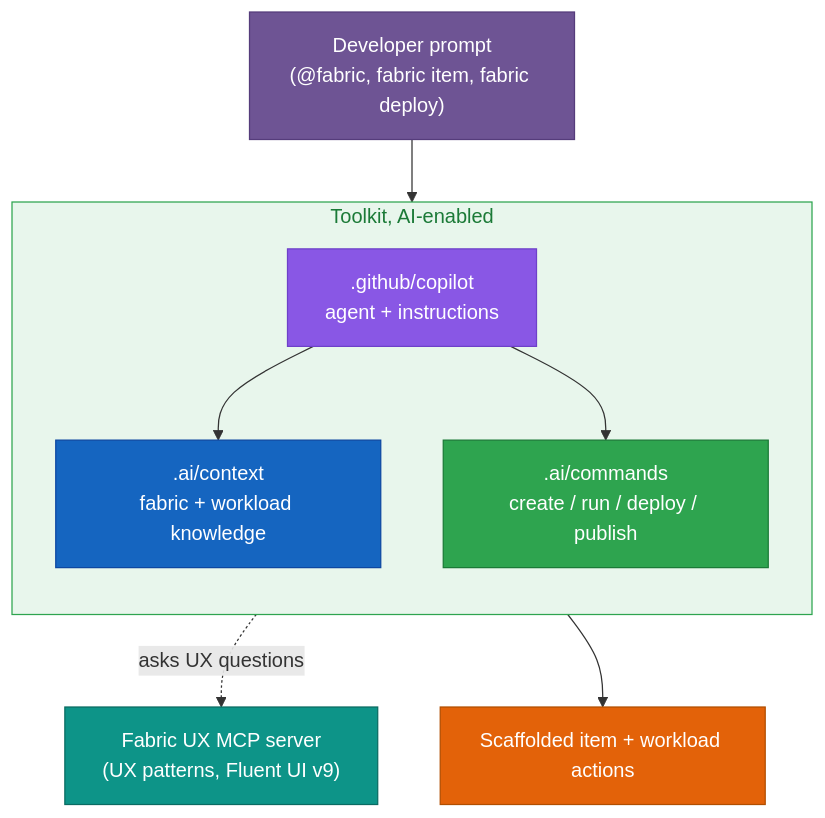
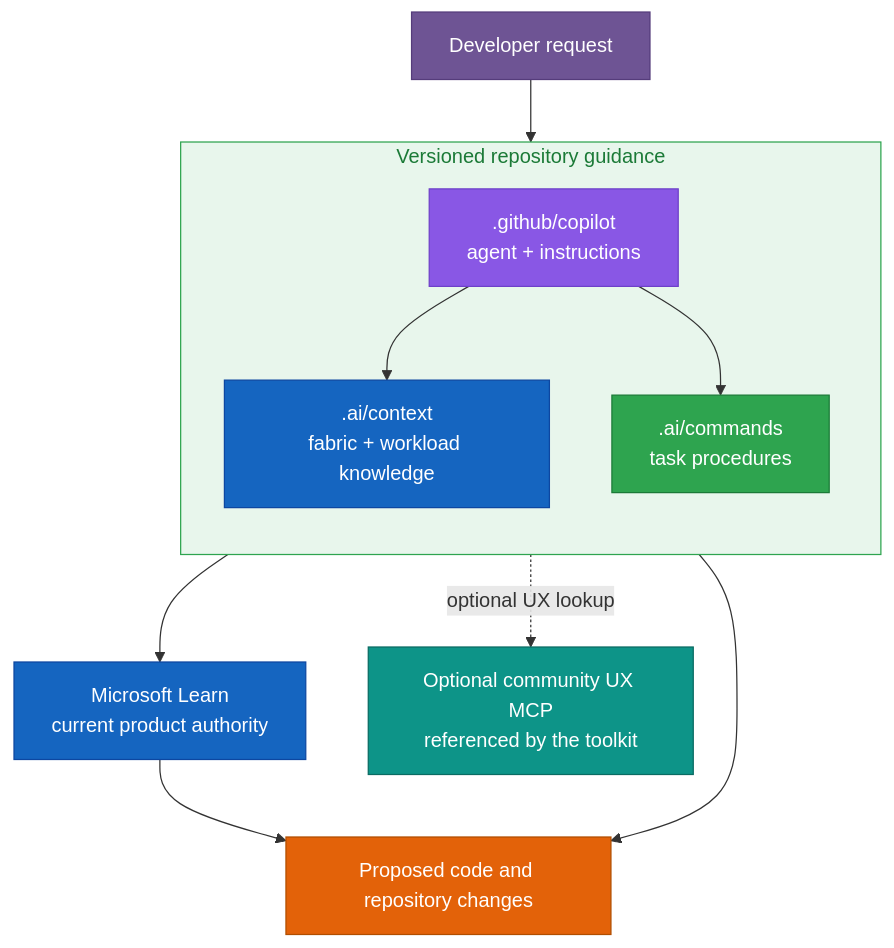
Before and after one commit to fredgis/BookWorkload: the sixth of 8 diagrams in workload-chapter-outline.md, drawn with Mermaid. The commit also changed other lines of this file and 8 other files, not shown here.

````diff
--- a/workload-chapter-outline.md
+++ b/workload-chapter-outline.md
@@ -235,24 +263,28 @@
 ```mermaid
 flowchart TB
-    DEVR["Developer prompt<br/>(@fabric, fabric item, fabric deploy)"]
-    subgraph KIT["Toolkit, AI-enabled"]
+    DEVR["Developer request"]
+    subgraph KIT["Versioned repository guidance"]
         direction TB
         CTX[".ai/context<br/>fabric + workload knowledge"]
-        CMD[".ai/commands<br/>create / run / deploy / publish"]
+        CMD[".ai/commands<br/>task procedures"]
         COP[".github/copilot<br/>agent + instructions"]
     end
-    MCP["Fabric UX MCP server<br/>(UX patterns, Fluent UI v9)"]
-    OUT["Scaffolded item + workload actions"]
+    LEARN["Microsoft Learn<br/>current product authority"]
+    MCP["Optional community UX MCP<br/>referenced by the toolkit"]
+    OUT["Proposed code and repository changes"]
     DEVR --> COP
     COP --> CTX
     COP --> CMD
-    COP -.->|"asks UX questions"| MCP
+    COP --> LEARN
+    COP -.->|"optional UX lookup"| MCP
     CMD --> OUT
+    LEARN --> OUT
     style DEVR fill:#6e5494,stroke:#553c7b,color:#ffffff
     style KIT fill:#e8f6ec,stroke:#2ea44f,color:#1b7a37
     style CTX fill:#1565c0,stroke:#0d47a1,color:#ffffff
     style CMD fill:#2ea44f,stroke:#1b7a37,color:#ffffff
     style COP fill:#8957e5,stroke:#6e40c9,color:#ffffff
     style MCP fill:#0d9488,stroke:#0a6b62,color:#ffffff
+    style LEARN fill:#1565c0,stroke:#0d47a1,color:#ffffff
     style OUT fill:#e36209,stroke:#b14e00,color:#ffffff
 ```
````
